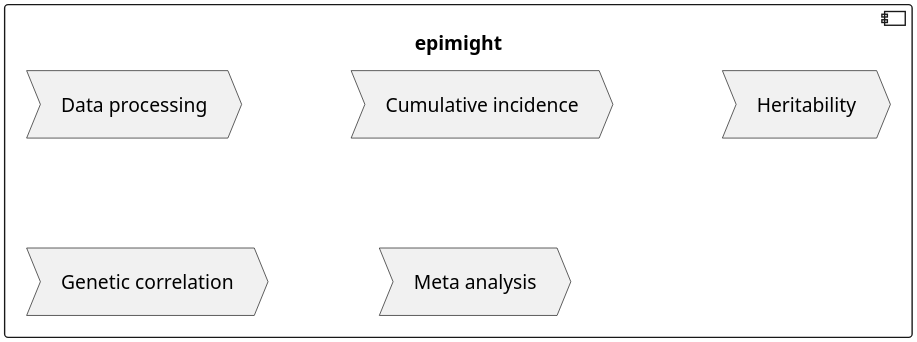
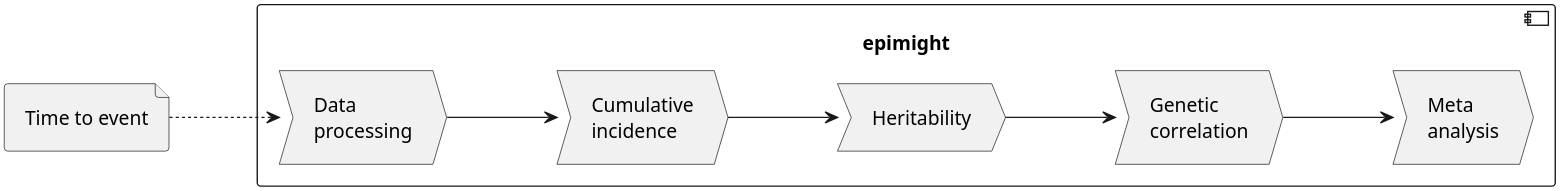
Before and after one commit to BioPsyk/epimight: the second of 2 diagrams in guides/architecture.org, drawn with PlantUML. The commit also changed other lines of this file and 3 other files, not shown here.

Commit message:
Adds new diagram

```diff
--- a/guides/architecture.org
+++ b/guides/architecture.org
@@ -76,20 +138,28 @@
 #+BEGIN_SRC plantuml :file ./diagrams/pipeline-component-diagram.png :exports results
 @startuml
 skinparam dpi 300
 skinparam shadowing false
 skinparam padding 5
 skinparam nodesep 80
 skinparam ranksep 80
 skinparam defaultTextAlignment left
 skinparam noteTextAlignment left
 
+file "Time to event" as tte
+
 component "epimight" as epimight {
-  process "Data processing" as data_processing
-  process "Cumulative incidence" as cif1
+  process "Data\nprocessing" as data_processing
+  process "Cumulative\nincidence" as cif1
   process "Heritability" as h2
-  process "Genetic correlation" as gc
-  process "Meta analysis" as meta
+  process "Genetic\ncorrelation" as gc
+  process "Meta\nanalysis" as meta
 }
+
+tte .RIGHT.> data_processing
+data_processing -RIGHT-> cif1
+cif1 -RIGHT-> h2
+h2 -RIGHT-> gc
+gc -RIGHT-> meta
 
 @enduml
 #+END_SRC
```
